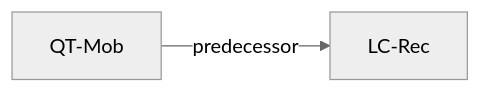
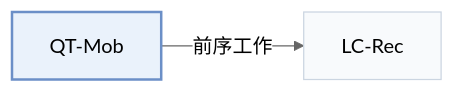
Before and after one commit to Galaxy-ghost/Awesome-SID-Generative-Rec: the second of 2 diagrams in pages/zh/papers/qt-mob.md, drawn with Mermaid (neutral theme). The commit also changed other lines of this file and 649 other files, not shown here.

Commit message:
writer-05: also tags and modality index (schema, check, build, visuals); summary field removed; calibration data for 12 papers

````diff
--- a/pages/zh/papers/qt-mob.md
+++ b/pages/zh/papers/qt-mob.md
@@ -68,5 +74,9 @@
 ```mermaid
 flowchart LR
     P["QT-Mob"]
-    P -->|predecessor| A["LC-Rec"]
+    P -->|"前序工作"| A["LC-Rec"]
+    classDef main fill:#eaf2fb,stroke:#6b8fc7,stroke-width:2px
+    classDef peer fill:#f8fafc,stroke:#cbd5e1
+    class P main
+    class A peer
 ```
````
